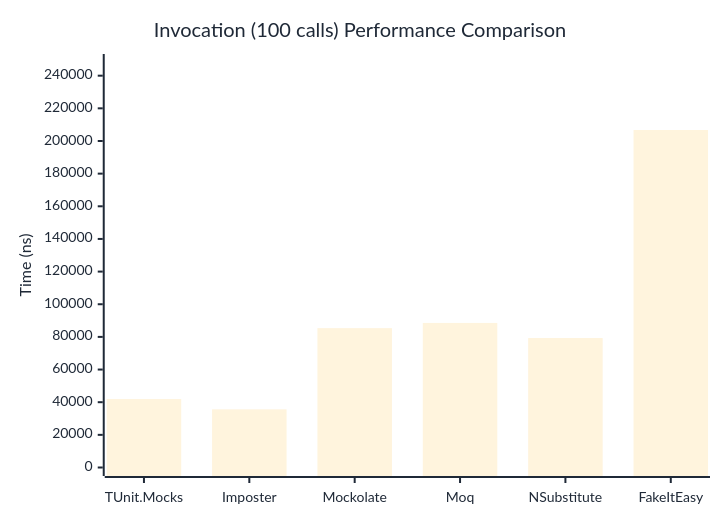
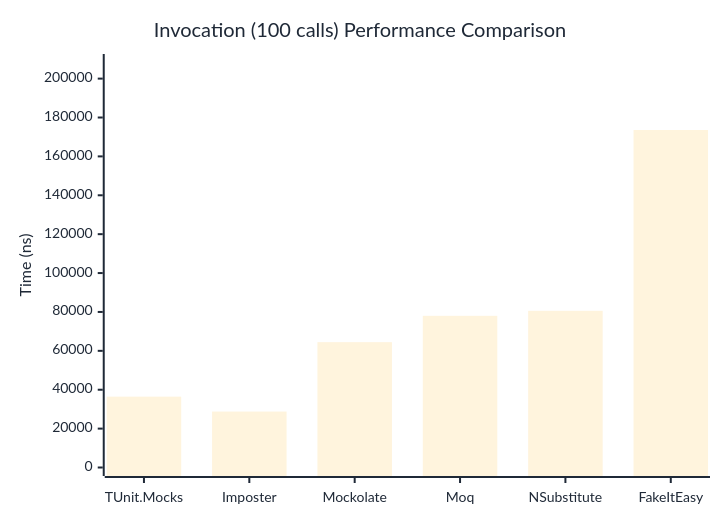
One commit to thomhurst/TUnit changed the third of 3 diagrams in docs/docs/benchmarks/mocks/Invocation.md. Above: the diagram before and after it, drawn with Mermaid. The commit also changed other lines of this file and 13 other files, not shown here.

````diff
--- a/docs/docs/benchmarks/mocks/Invocation.md
+++ b/docs/docs/benchmarks/mocks/Invocation.md
@@ -110,27 +110,27 @@
 ```mermaid
 %%{init: {
   'theme':'base',
   'themeVariables': {
     'primaryColor': '#2563eb',
     'primaryTextColor': '#1f2937',
     'primaryBorderColor': '#1e40af',
     'lineColor': '#6b7280',
     'secondaryColor': '#7c3aed',
     'tertiaryColor': '#dc2626',
     'background': '#ffffff',
     'pie1': '#2563eb',
     'pie2': '#7c3aed',
     'pie3': '#dc2626',
     'pie4': '#f59e0b',
     'pie5': '#10b981',
     'pie6': '#06b6d4',
     'pie7': '#ec4899',
     'pie8': '#6366f1'
   }
 }}%%
 xychart-beta
   title "Invocation (100 calls) Performance Comparison"
   x-axis ["TUnit.Mocks", "Imposter", "Mockolate", "Moq", "NSubstitute", "FakeItEasy"]
-  y-axis "Time (ns)" 0 --> 248073
-  bar [41934, 35631, 85371.9, 88551.5, 79302.4, 206727.2]
+  y-axis "Time (ns)" 0 --> 208290
+  bar [36443.1, 28771.9, 64463.7, 78017.1, 80578.8, 173574.7]
 ```
````
